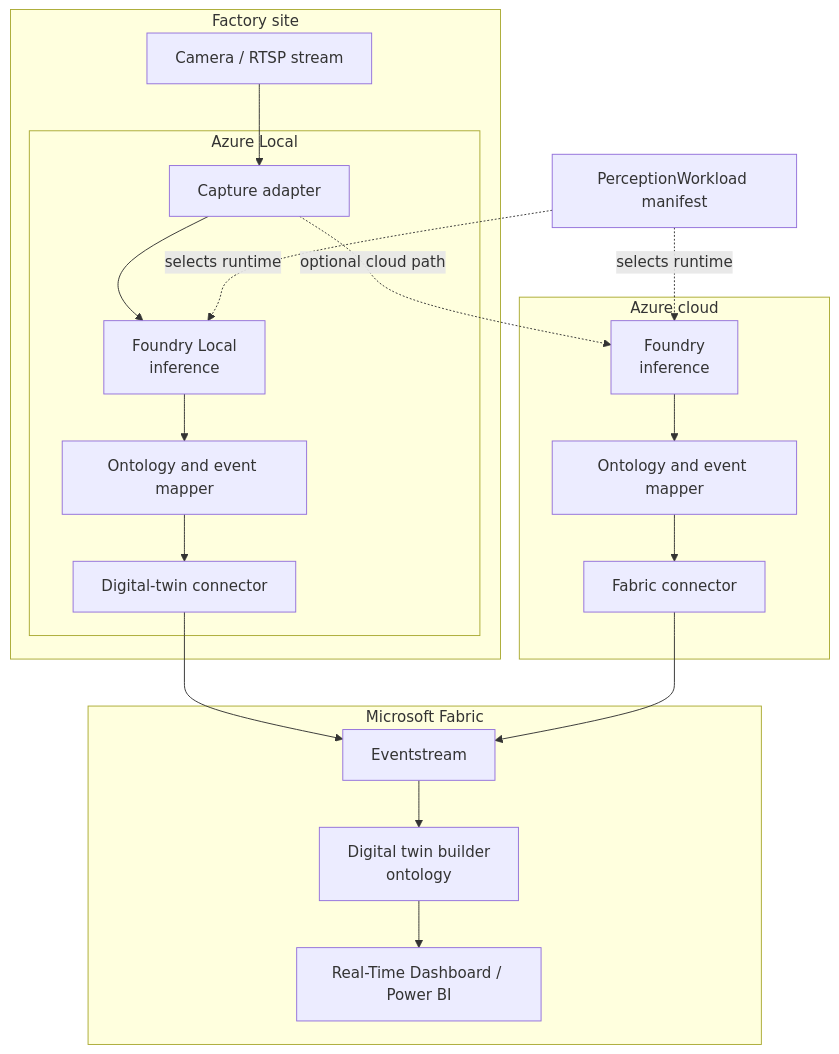
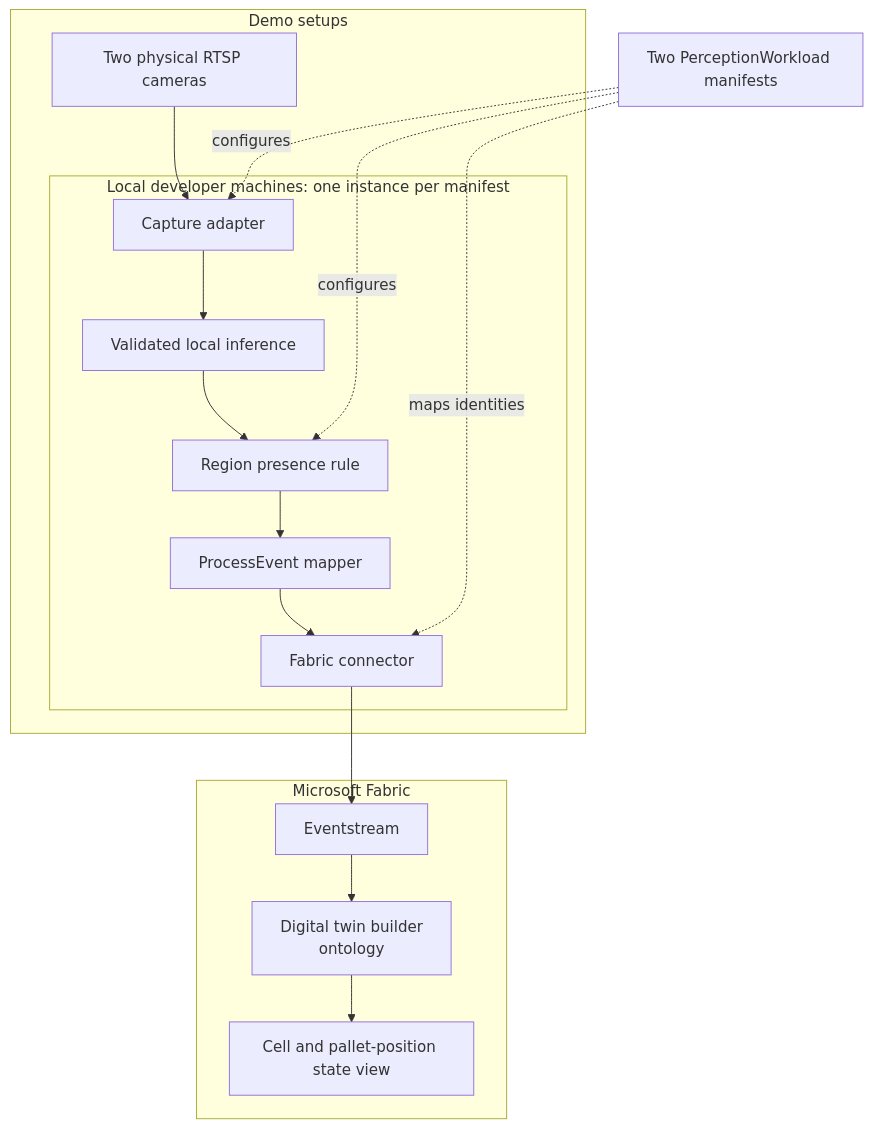
The second of 2 diagrams in docs/mvp-design.md (bnurzhanov/tiger-poc), drawn with Mermaid before and after one commit. The commit also changed other lines of this file and 1 other file, not shown here.

Commit message:
demo script and mvp updates

````diff
--- a/docs/mvp-design.md
+++ b/docs/mvp-design.md
@@ -159,34 +222,27 @@
 ```mermaid
 flowchart TB
-    subgraph Site["Factory site"]
-        Cam[Camera / RTSP stream]
-        subgraph Local["Azure Local"]
+    subgraph Site["Demo setups"]
+        Cam[Two physical RTSP cameras]
+        subgraph Local["Local developer machines: one instance per manifest"]
             Capture[Capture adapter]
-            FoundryLocal[Foundry Local<br/>inference]
-            Mapper1[Ontology and event mapper]
-            ConnLocal[Digital-twin connector]
+            Inference[Validated local inference]
+            Rule[Region presence rule]
+            Mapper[ProcessEvent mapper]
+            Connector[Fabric connector]
         end
-        Cam --> Capture --> FoundryLocal --> Mapper1 --> ConnLocal
+        Cam --> Capture --> Inference --> Rule --> Mapper --> Connector
     end
-
-    subgraph Azure["Azure cloud"]
-        Foundry[Foundry<br/>inference]
-        Mapper2[Ontology and event mapper]
-        ConnCloud[Fabric connector]
-    end
-
-    Capture -. optional cloud path .-> Foundry --> Mapper2 --> ConnCloud
 
     subgraph Fabric["Microsoft Fabric"]
         ES[Eventstream]
         DTB[Digital twin builder<br/>ontology]
-        RTD[Real-Time Dashboard / Power BI]
+        RTD[Cell and pallet-position state view]
         ES --> DTB --> RTD
     end
 
-    ConnLocal --> ES
-    ConnCloud --> ES
+    Connector --> ES
 
-    Config["PerceptionWorkload manifest"] -.selects runtime.-> FoundryLocal
-    Config -.selects runtime.-> Foundry
+    Config["Two PerceptionWorkload manifests"] -.configures.-> Capture
+    Config -.configures.-> Rule
+    Config -.maps identities.-> Connector
 ```
````
